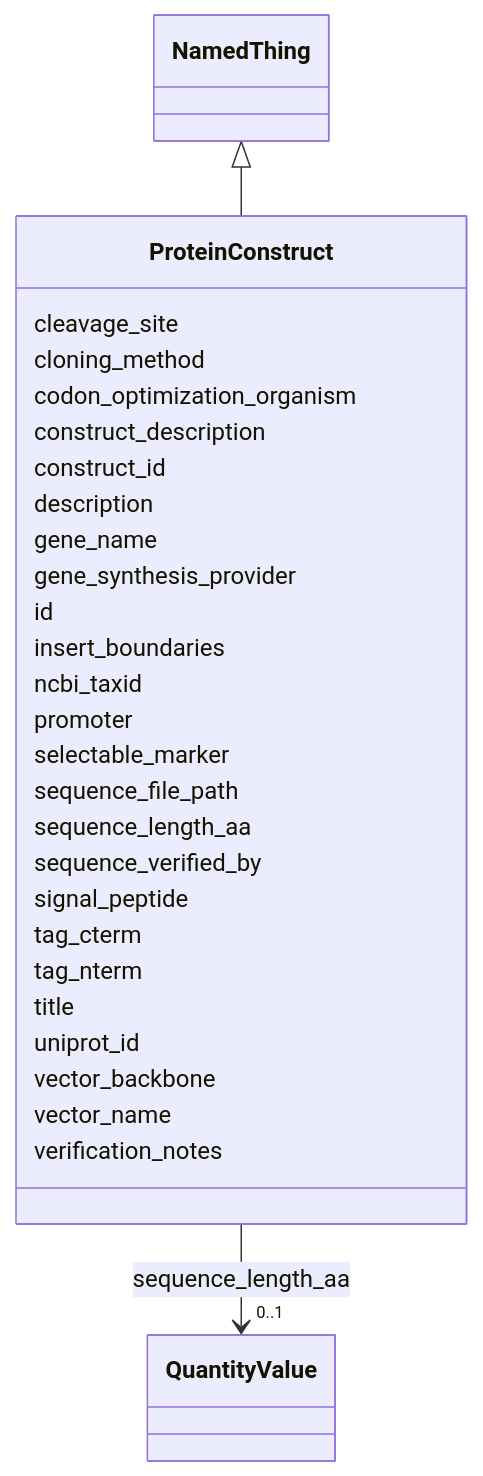
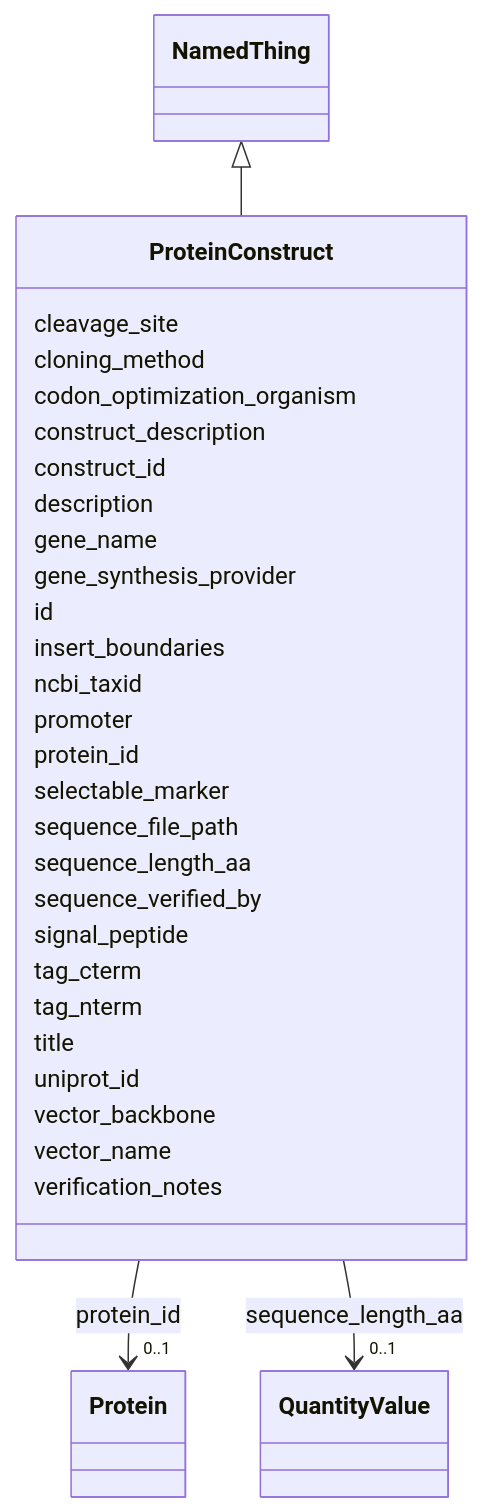
Before and after one commit to lambda-ber/lambda-ber-schema: the diagram in docs/elements/ProteinConstruct.md, drawn with Mermaid. The commit also changed other lines of this file and 259 other files, not shown here.

````diff
--- a/docs/elements/ProteinConstruct.md
+++ b/docs/elements/ProteinConstruct.md
@@ -18,66 +18,77 @@
 ```mermaid
  classDiagram
     class ProteinConstruct
     click ProteinConstruct href "../ProteinConstruct/"
       NamedThing <|-- ProteinConstruct
         click NamedThing href "../NamedThing/"
       
       ProteinConstruct : cleavage_site
         
       ProteinConstruct : cloning_method
         
       ProteinConstruct : codon_optimization_organism
         
       ProteinConstruct : construct_description
         
       ProteinConstruct : construct_id
         
       ProteinConstruct : description
         
       ProteinConstruct : gene_name
         
       ProteinConstruct : gene_synthesis_provider
         
       ProteinConstruct : id
         
       ProteinConstruct : insert_boundaries
         
       ProteinConstruct : ncbi_taxid
         
       ProteinConstruct : promoter
+        
+      ProteinConstruct : protein_id
+        
+          
+    
+        
+        
+        ProteinConstruct --> "0..1" Protein : protein_id
+        click Protein href "../Protein/"
+    
+
         
       ProteinConstruct : selectable_marker
         
       ProteinConstruct : sequence_file_path
         
       ProteinConstruct : sequence_length_aa
         
           
     
         
         
         ProteinConstruct --> "0..1" QuantityValue : sequence_length_aa
         click QuantityValue href "../QuantityValue/"
     
 
         
       ProteinConstruct : sequence_verified_by
         
       ProteinConstruct : signal_peptide
         
       ProteinConstruct : tag_cterm
         
       ProteinConstruct : tag_nterm
         
       ProteinConstruct : title
         
       ProteinConstruct : uniprot_id
         
       ProteinConstruct : vector_backbone
         
       ProteinConstruct : vector_name
         
       ProteinConstruct : verification_notes
         
       
 ```
````
